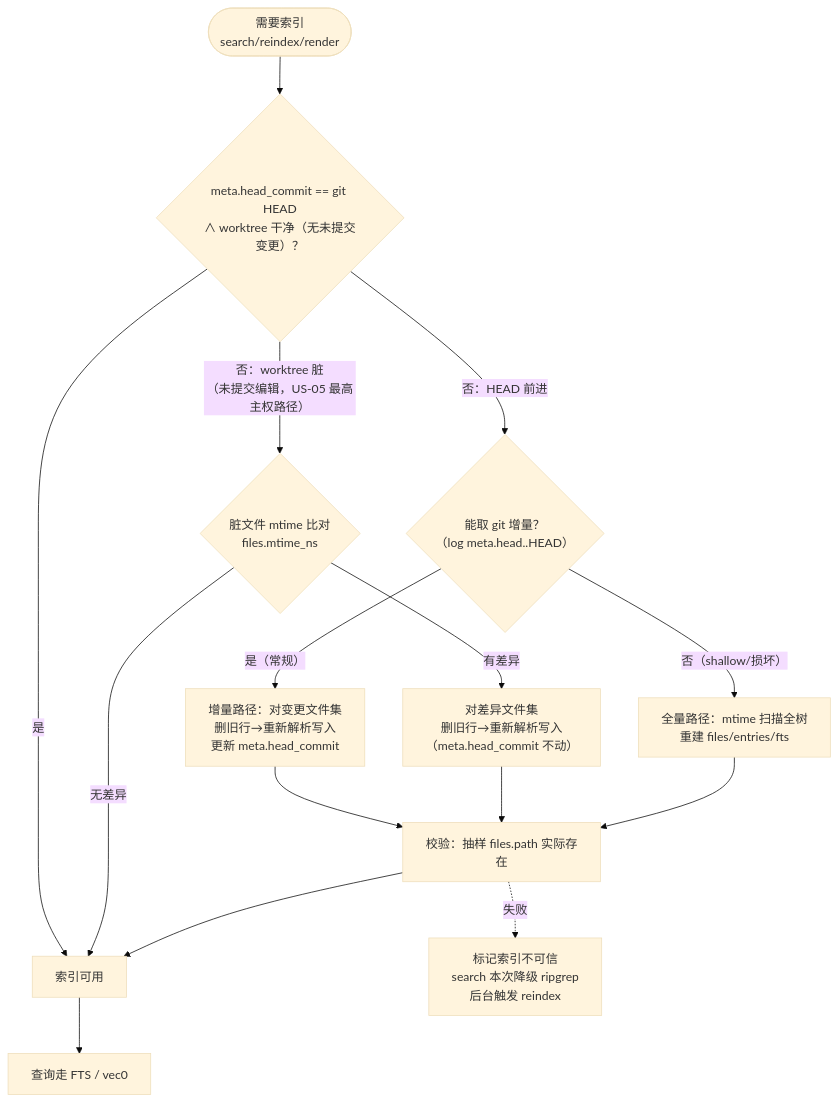
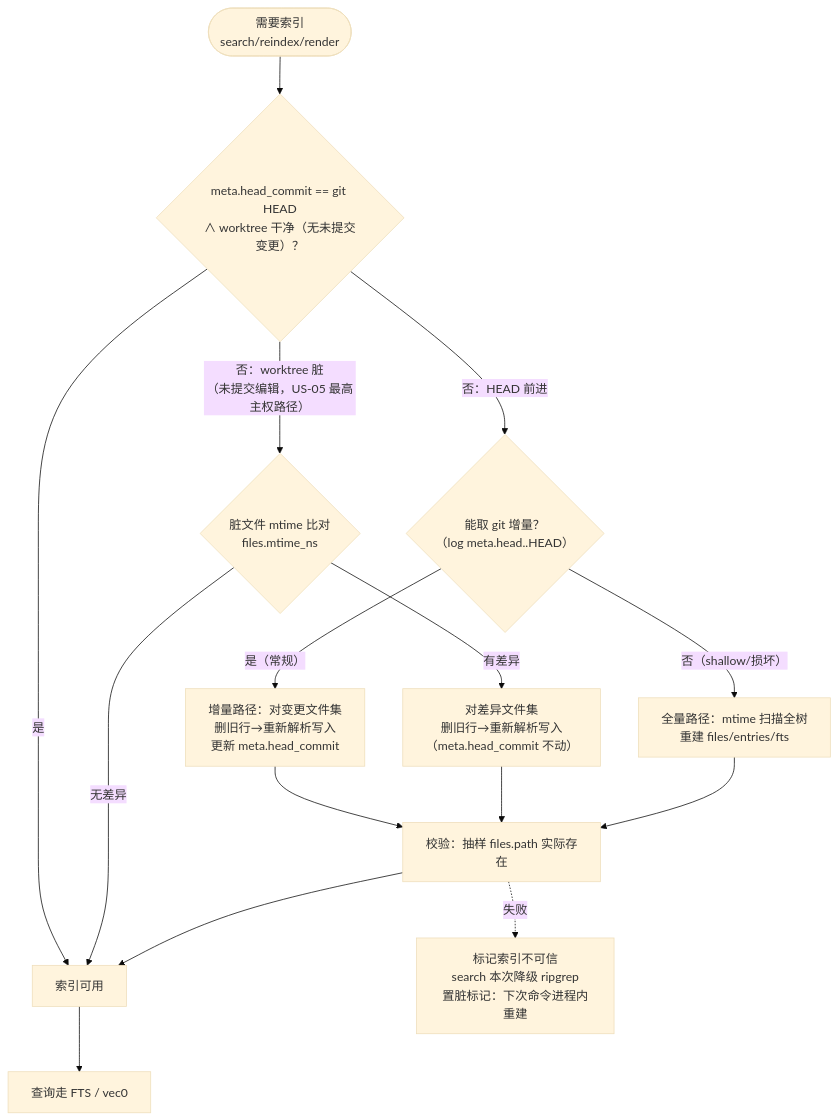
One commit to Jo0OCTsai/pokemon-remember-you changed the sixth of 15 diagrams in docs/DESIGN.md. Above: the diagram before and after it, drawn with Mermaid (base theme). The commit also changed other lines of this file and 5 other files, not shown here.

First line of the commit message:
docs: debt 清偿（需求/设计 v1.11）+ 场景推演时序图（推演 v1.5）

````diff
--- a/docs/DESIGN.md
+++ b/docs/DESIGN.md
@@ -448,15 +476,15 @@
 ```mermaid
 flowchart TD
     NEED(["需要索引<br/>search/reindex/render"]) --> FRESH{"meta.head_commit == git HEAD<br/>∧ worktree 干净（无未提交变更）？"}
     FRESH -->|"是"| HIT["索引可用"]
     FRESH -->|"否：HEAD 前进"| DELTA{"能取 git 增量？<br/>（log meta.head..HEAD）"}
     FRESH -->|"否：worktree 脏<br/>（未提交编辑，US-05 最高主权路径）"| MTIME{"脏文件 mtime 比对<br/>files.mtime_ns"}
     MTIME -->|"有差异"| RE["对差异文件集<br/>删旧行→重新解析写入<br/>（meta.head_commit 不动）"]
     MTIME -->|"无差异"| HIT
     DELTA -->|"是（常规）"| INC["增量路径：对变更文件集<br/>删旧行→重新解析写入<br/>更新 meta.head_commit"]
     DELTA -->|"否（shallow/损坏）"| FULL["全量路径：mtime 扫描全树<br/>重建 files/entries/fts"]
     INC & RE & FULL --> VLD["校验：抽样 files.path 实际存在"]
     VLD --> HIT
     HIT --> USE["查询走 FTS / vec0"]
-    VLD -.->|"失败"| DEGRADE["标记索引不可信<br/>search 本次降级 ripgrep<br/>后台触发 reindex"]
+    VLD -.->|"失败"| DEGRADE["标记索引不可信<br/>search 本次降级 ripgrep<br/>置脏标记：下次命令进程内重建"]
 ```
````
